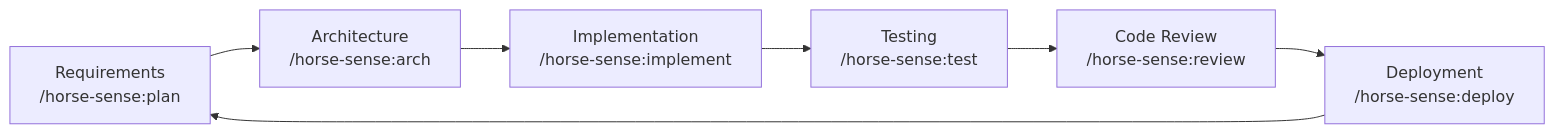
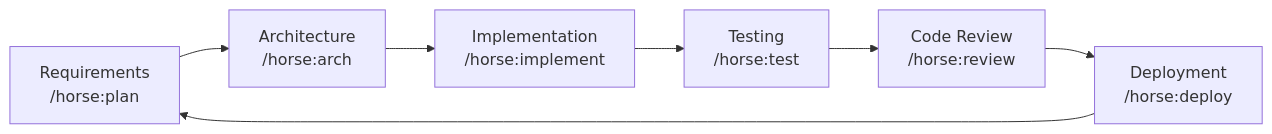
The diagram in README.md (edlovesjava/horse-sense), drawn with Mermaid before and after one commit. The commit also changed other lines of this file and 44 other files, not shown here.

````diff
--- a/README.md
+++ b/README.md
@@ -147,9 +115,9 @@
 ```mermaid
 flowchart LR
-    R[Requirements\n/horse-sense:plan] --> A[Architecture\n/horse-sense:arch]
-    A --> I[Implementation\n/horse-sense:implement]
-    I --> T[Testing\n/horse-sense:test]
-    T --> CR[Code Review\n/horse-sense:review]
-    CR --> D[Deployment\n/horse-sense:deploy]
+    R[Requirements\n/horse:plan] --> A[Architecture\n/horse:arch]
+    A --> I[Implementation\n/horse:implement]
+    I --> T[Testing\n/horse:test]
+    T --> CR[Code Review\n/horse:review]
+    CR --> D[Deployment\n/horse:deploy]
     D --> R
 ```
````
